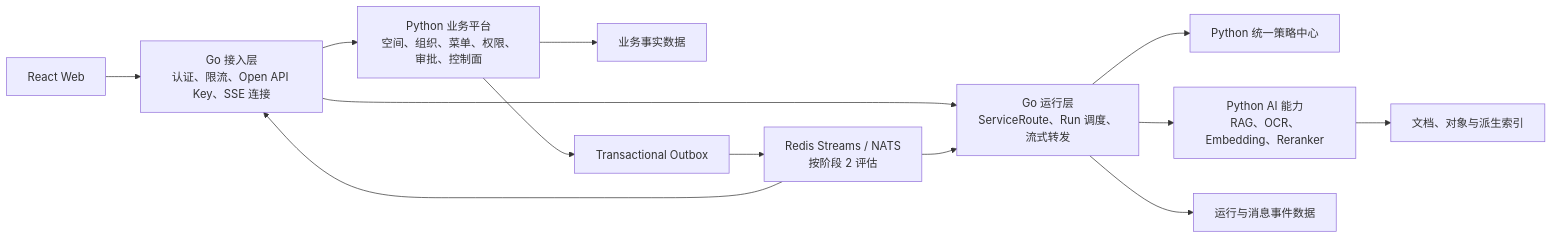
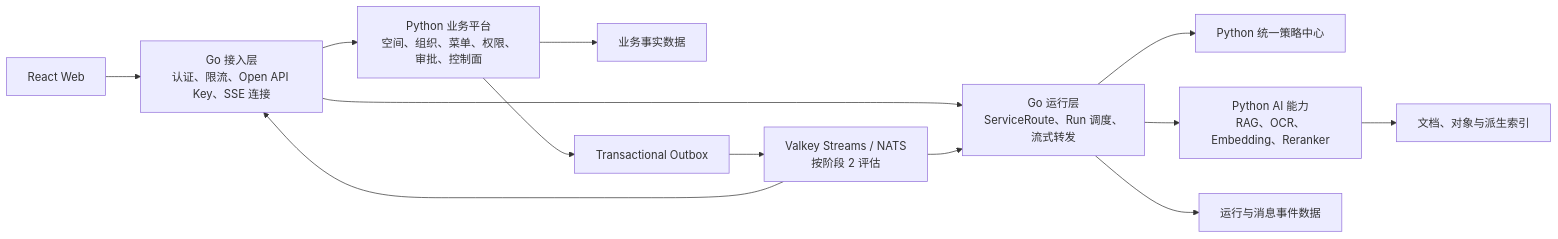
One commit to chengit16/AI changed diagram 17 of 19 in ai-intelligent-platform-v2-design.md. Above: the diagram before and after it, drawn with Mermaid. The commit also changed other lines of this file and 17 other files, not shown here.

````diff
--- a/ai-intelligent-platform-v2-design.md
+++ b/ai-intelligent-platform-v2-design.md
@@ -1284,17 +1284,17 @@
 ```mermaid
 flowchart LR
     FE["React Web"] --> EDGE["Go 接入层<br/>认证、限流、Open API Key、SSE 连接"]
     EDGE --> PY["Python 业务平台<br/>空间、组织、菜单、权限、审批、控制面"]
     EDGE --> GR["Go 运行层<br/>ServiceRoute、Run 调度、流式转发"]
     GR --> POLICY["Python 统一策略中心"]
     GR --> AI["Python AI 能力<br/>RAG、OCR、Embedding、Reranker"]
 
     PY --> BDB["业务事实数据"]
     GR --> RDB["运行与消息事件数据"]
     AI --> KDB["文档、对象与派生索引"]
 
     PY --> OUTBOX["Transactional Outbox"]
-    OUTBOX --> BUS["Redis Streams / NATS<br/>按阶段 2 评估"]
+    OUTBOX --> BUS["Valkey Streams / NATS<br/>按阶段 2 评估"]
     BUS --> EDGE
     BUS --> GR
 ```
````
